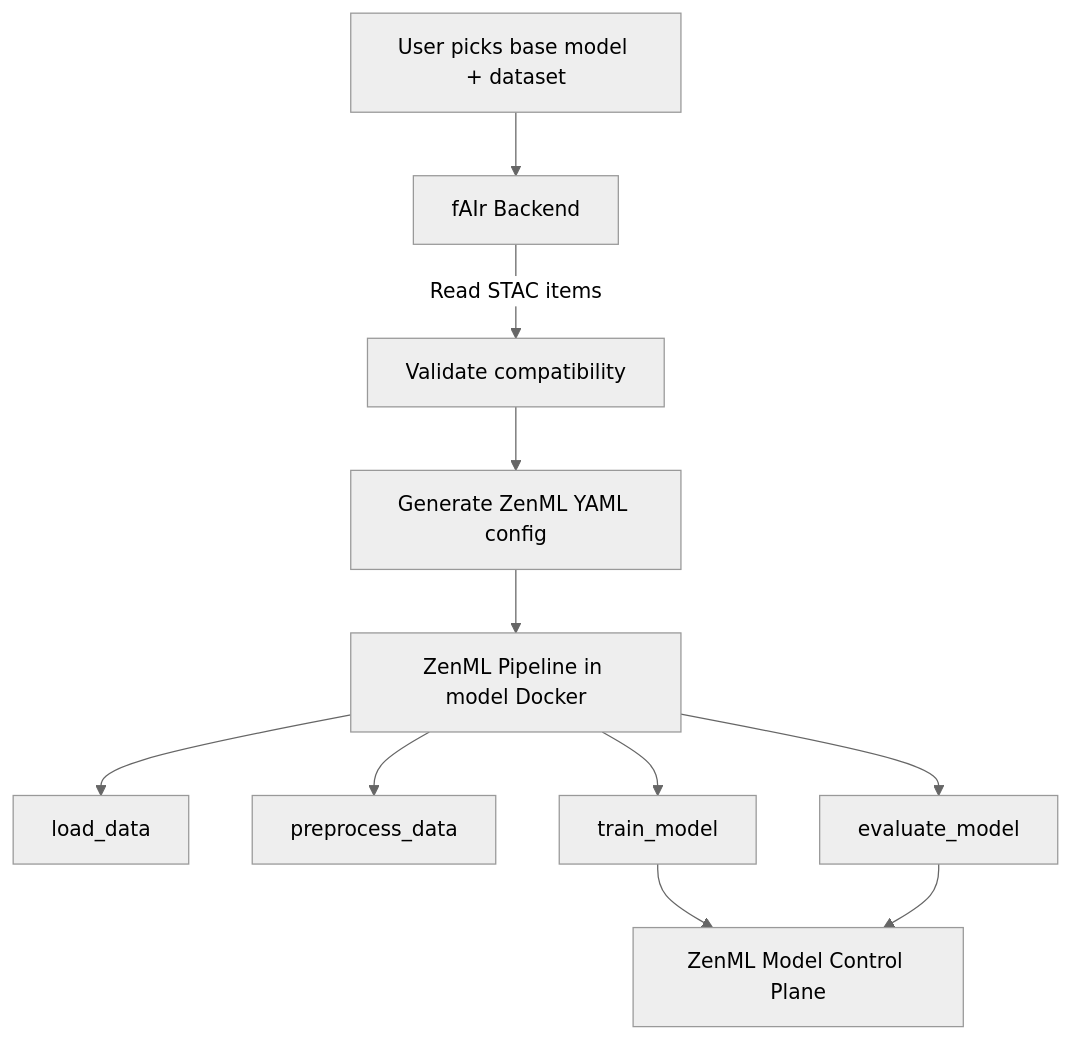
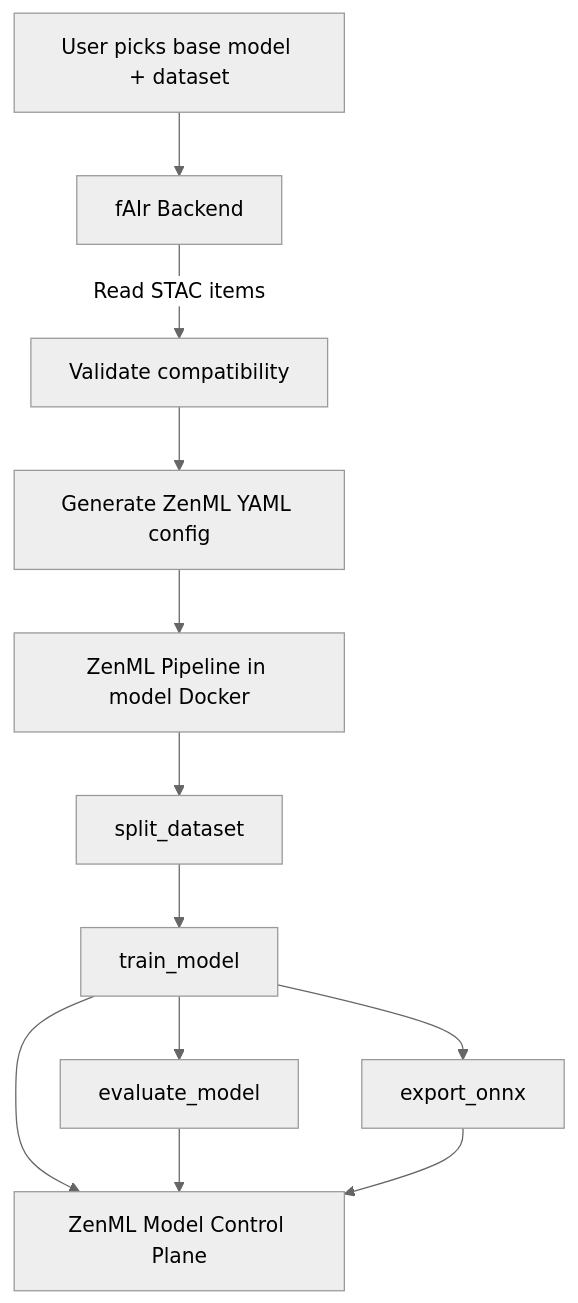
One commit to hotosm/fAIr-models changed the second of 3 diagrams in docs/architecture.md. Above: the diagram before and after it, drawn with Mermaid (neutral theme). The commit also changed other lines of this file and 13 other files, not shown here.

````diff
--- a/docs/architecture.md
+++ b/docs/architecture.md
@@ -114,13 +118,14 @@
 ```mermaid
 flowchart TD
     A[User picks base model + dataset] --> B[fAIr Backend]
     B -->|Read STAC items| C[Validate compatibility]
     C --> D[Generate ZenML YAML config]
     D --> E[ZenML Pipeline in model Docker]
-    E --> F[load_data]
-    E --> G[preprocess_data]
-    E --> H[train_model]
-    E --> I[evaluate_model]
-    H --> J[ZenML Model Control Plane]
+    E --> F[split_dataset]
+    F --> G[train_model]
+    G --> H[evaluate_model]
+    G --> I[export_onnx]
+    G --> J[ZenML Model Control Plane]
+    H --> J
     I --> J
 ```
````
